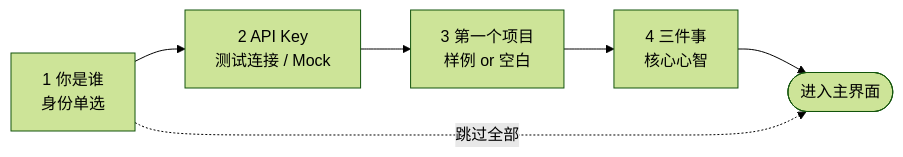
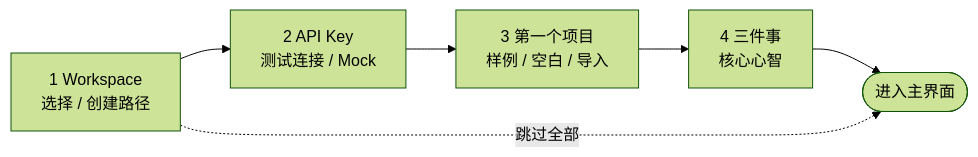
The diagram in design/05-onboarding.md (jinhuang712/open-novel), drawn with Mermaid (forest theme) before and after one commit. The commit also changed other lines of this file and 42 other files, not shown here.

````diff
--- a/design/05-onboarding.md
+++ b/design/05-onboarding.md
@@ -9,5 +9,5 @@
 ```mermaid
 flowchart LR
-  S1["1 你是谁<br/>身份单选"] --> S2["2 API Key<br/>测试连接 / Mock"] --> S3["3 第一个项目<br/>样例 or 空白"] --> S4["4 三件事<br/>核心心智"] --> MAIN([进入主界面])
+  S1["1 Workspace<br/>选择 / 创建路径"] --> S2["2 API Key<br/>测试连接 / Mock"] --> S3["3 第一个项目<br/>样例 / 空白 / 导入"] --> S4["4 三件事<br/>核心心智"] --> MAIN([进入主界面])
   S1 -. 跳过全部 .-> MAIN
 ```
````
